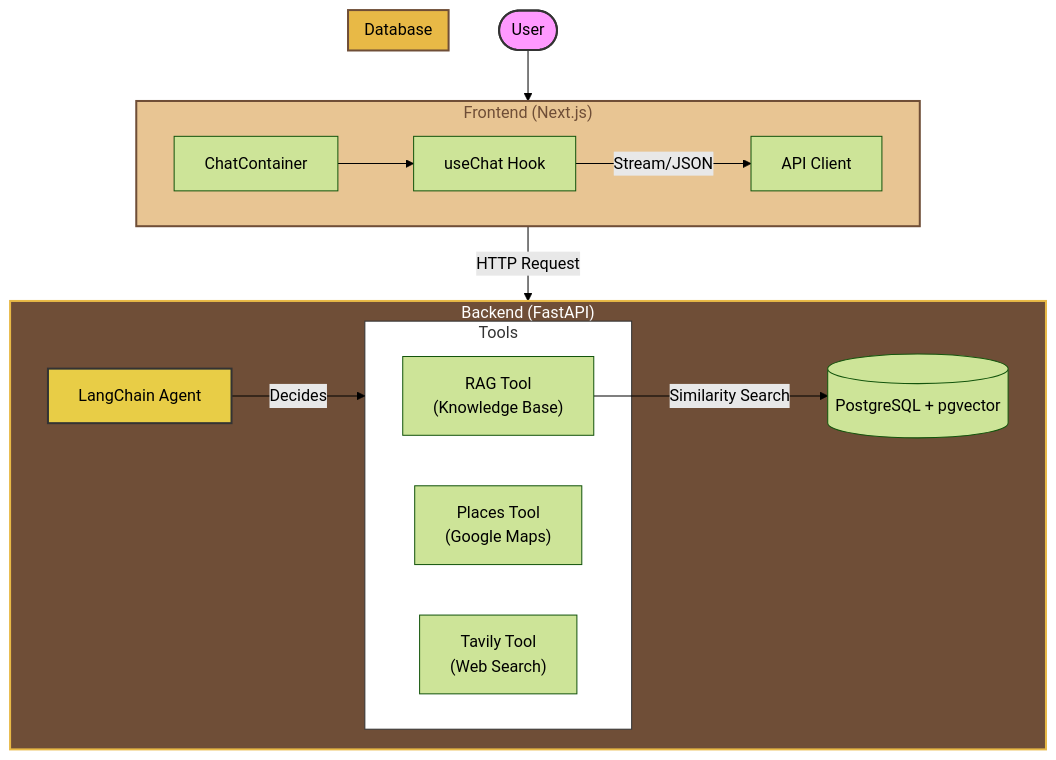
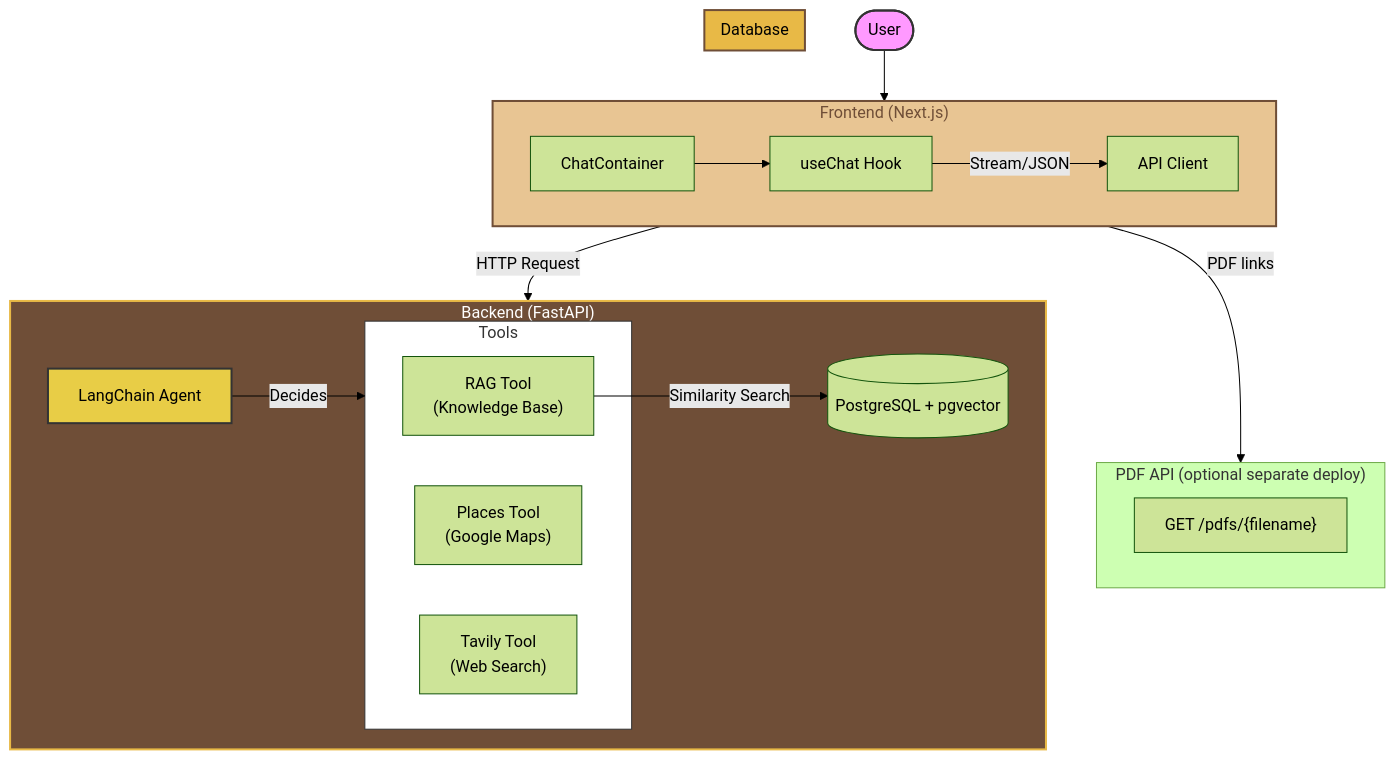
The first of 3 diagrams in README.md (joaomoraski/brazilian-coffee-chatbot), drawn with Mermaid (forest theme) before and after one commit. The commit also changed other lines of this file and 3 other files, not shown here.

````diff
--- a/README.md
+++ b/README.md
@@ -41,35 +42,40 @@
 ```mermaid
 graph TD
     User([User]) --> Frontend[Next.js Frontend]
     
     subgraph Frontend["Frontend (Next.js)"]
         ChatContainer --> useChat[useChat Hook]
         useChat -->|Stream/JSON| API[API Client]
     end
     
     Frontend -->|HTTP Request| Backend[FastAPI Backend]
+    Frontend -->|PDF links| PdfApi
     
     subgraph Backend["Backend (FastAPI)"]
         Agent[LangChain Agent]
         
         subgraph Tools
             RAG["RAG Tool<br/>(Knowledge Base)"]
             Places["Places Tool<br/>(Google Maps)"]
             Tavily["Tavily Tool<br/>(Web Search)"]
         end
         
         Agent -->|Decides| Tools
         RAG -->|Similarity Search| VectorDB
     end
     
     subgraph Database["Database"]
         VectorDB[(PostgreSQL + pgvector)]
     end
+    
+    subgraph PdfApi["PDF API (optional separate deploy)"]
+        Serve["GET /pdfs/{filename}"]
+    end
 
     style User fill:#f9f,stroke:#333,stroke-width:2px
     style Frontend fill:#E8C593,stroke:#6F4E37,stroke-width:2px,color:#6F4E37
     style Backend fill:#6F4E37,stroke:#E8B946,stroke-width:2px,color:white
     style Database fill:#E8B946,stroke:#6F4E37,stroke-width:2px
     style Agent fill:#E8CD46,stroke:#333,stroke-width:2px
     style Tools fill:#fff,stroke:#333,stroke-width:1px,color:#333
 ```
````
